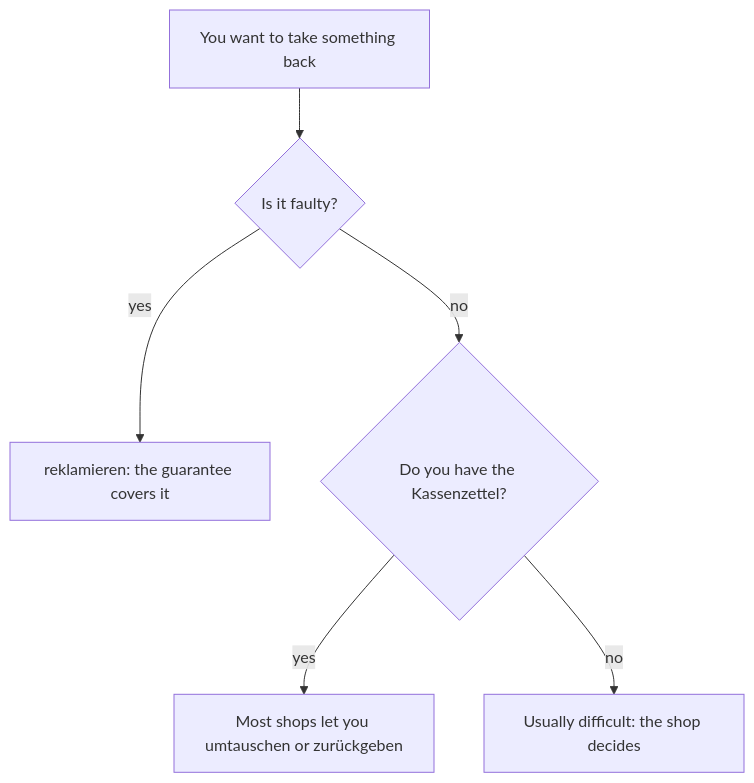
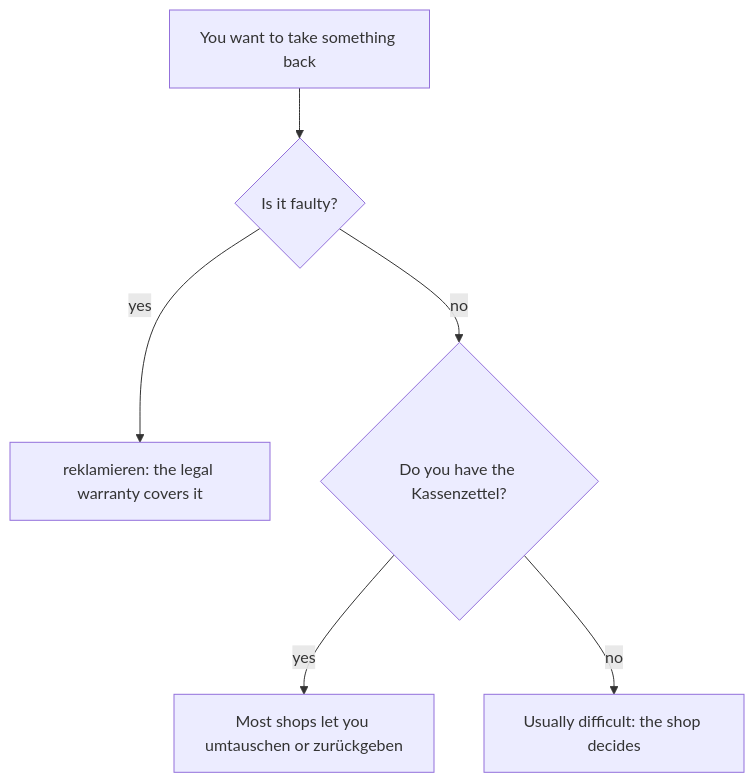
One commit to Aziliz/erudior changed the diagram in content/languages/german-a2/lessons/10-department-store.md. Above: the diagram before and after it, drawn with Mermaid. The commit also changed 36 other files, not shown here.

First line of the commit message:
Drills: tight thousands separator inside TeX, keep sig-fig trailing zeros; review round 2: german-b1 de3-m2..m5 fixes

````diff
--- a/content/languages/german-a2/lessons/10-department-store.md
+++ b/content/languages/german-a2/lessons/10-department-store.md
@@ -130,10 +130,10 @@
 ```mermaid
 flowchart TD
   accTitle: Taking something back to a shop in Germany
-  accDescr: If the product is faulty, you reklamieren it and the guarantee or warranty applies. If it is not faulty, the shop does not have to take it back, but with the receipt most shops will let you umtauschen it for something else or zurückgeben it for your money. Without a receipt it is usually hard.
+  accDescr: If the product is faulty, you reklamieren it: by law the seller must put it right (the legal warranty, usually two years in Germany), whether or not there is also a guarantee. If it is not faulty, the shop does not have to take it back, but with the receipt most shops will let you umtauschen it for something else or zurückgeben it for your money. Without a receipt it is usually hard.
   A["You want to take something back"] --> B{"Is it faulty?"}
-  B -- yes --> R["reklamieren: the guarantee covers it"]
+  B -- yes --> R["reklamieren: the legal warranty covers it"]
   B -- no --> C{"Do you have the Kassenzettel?"}
   C -- yes --> U["Most shops let you umtauschen or zurückgeben"]
   C -- no --> H["Usually difficult: the shop decides"]
 ```
````
